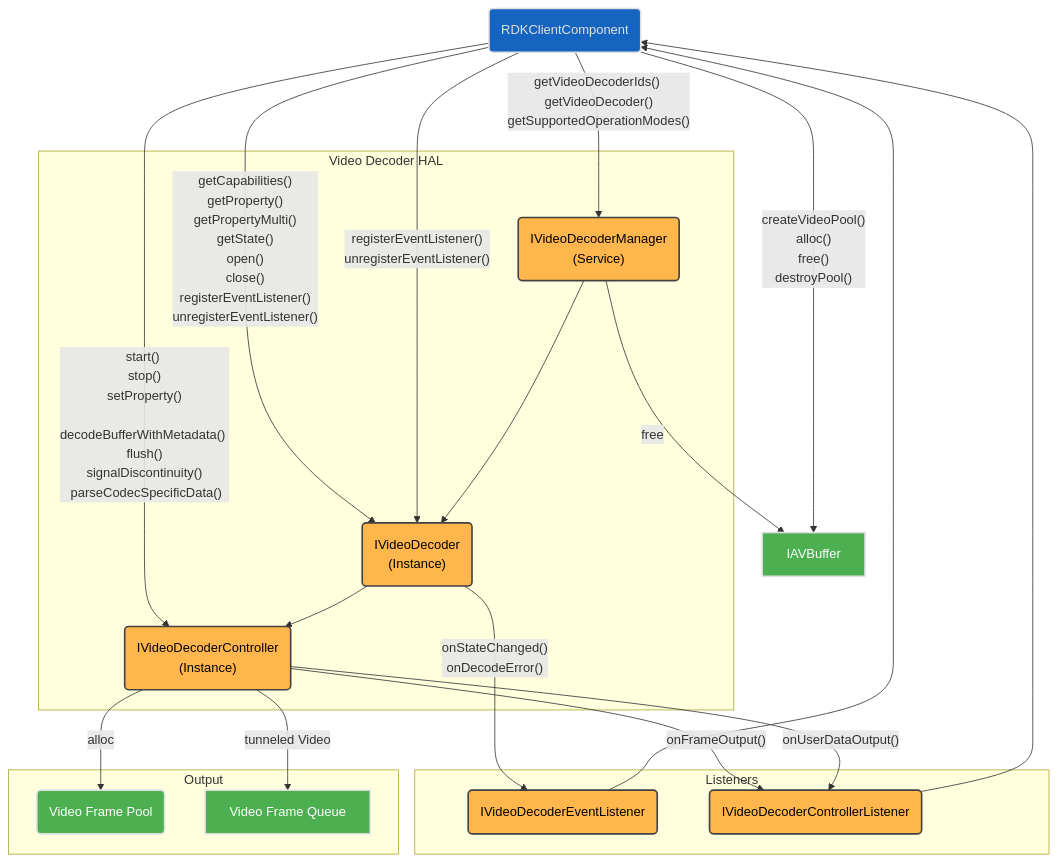
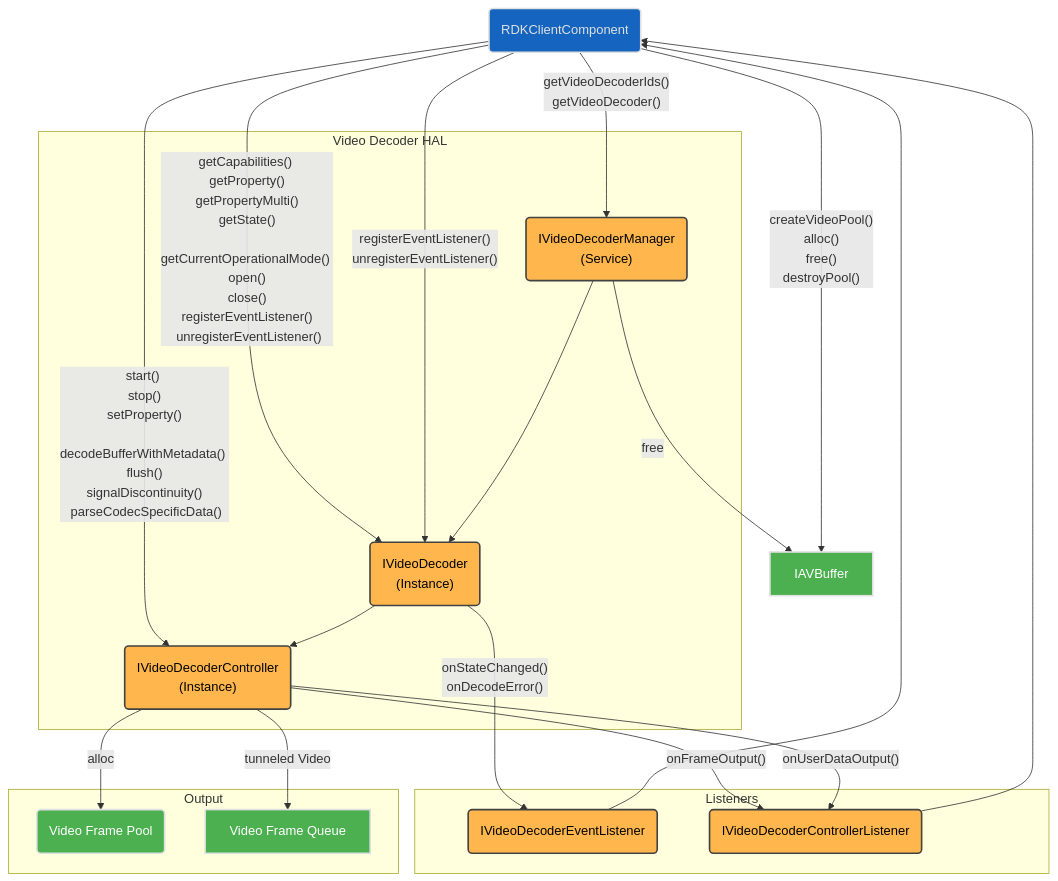
One commit to rdkcentral/rdk-halif-aidl changed the first of 3 diagrams in videodecoder/current/docs/video_decoder.md. Above: the diagram before and after it, drawn with Mermaid. The commit also changed other lines of this file and 2 other files, not shown here.

Commit message:
gh #790 add the getCurrentOperationalMode()

````diff
--- a/videodecoder/current/docs/video_decoder.md
+++ b/videodecoder/current/docs/video_decoder.md
@@ -97,48 +102,48 @@
 ```mermaid
 flowchart TD
     RDKClientComponent("RDKClientComponent")
     subgraph Listeners["Listeners"]
         IVideoDecoderEventListener("IVideoDecoderEventListener")
         IVideoDecoderControllerListener("IVideoDecoderControllerListener")
     end
     subgraph IVideoDecoderHAL["Video Decoder HAL"]
         IVideoDecoderManager("IVideoDecoderManager <br>(Service)")
         IVideoDecoder("IVideoDecoder <br>(Instance)")
         IVideoDecoderController("IVideoDecoderController <br>(Instance)")
     end
     subgraph OutputComponents["Output"]
         VideoFramePool("Video Frame Pool")
         VideoFrameQueue["Video Frame Queue"]
     end
     RDKClientComponent -- createVideoPool() <br> alloc() <br> free() <br> destroyPool() --> IAVBuffer
-    RDKClientComponent -- getVideoDecoderIds() <br> getVideoDecoder() getSupportedOperationModes()--> IVideoDecoderManager
-    RDKClientComponent -- getCapabilities() <br> getProperty() <br> getPropertyMulti() <br> getState() <br> open() <br> close() <br> registerEventListener() <br> unregisterEventListener()--> IVideoDecoder
+    RDKClientComponent -- getVideoDecoderIds() <br> getVideoDecoder() --> IVideoDecoderManager
+    RDKClientComponent -- getCapabilities() <br> getProperty() <br> getPropertyMulti() <br> getState() <br> getCurrentOperationalMode() <br> open() <br> close() <br> registerEventListener() <br> unregisterEventListener()--> IVideoDecoder
     RDKClientComponent -- registerEventListener() <br> unregisterEventListener() --> IVideoDecoder
     RDKClientComponent -- start() <br> stop() <br> setProperty() <br> decodeBufferWithMetadata() <br> flush() <br> signalDiscontinuity() <br> parseCodecSpecificData() --> IVideoDecoderController
     IVideoDecoderManager --> IVideoDecoder --> IVideoDecoderController
     IVideoDecoder -- onStateChanged() <br> onDecodeError() --> IVideoDecoderEventListener
     IVideoDecoderEventListener --> RDKClientComponent
     IVideoDecoderControllerListener --> RDKClientComponent
     IVideoDecoderController -- onFrameOutput() --> IVideoDecoderControllerListener
     IVideoDecoderController -- onUserDataOutput() --> IVideoDecoderControllerListener
     IVideoDecoderController -- alloc --> VideoFramePool
     IVideoDecoderManager -- free --> IAVBuffer
     IVideoDecoderController -- tunneled Video --> VideoFrameQueue
 
     classDef background fill:#121212,stroke:none,color:#E0E0E0;
     classDef blue fill:#1565C0,stroke:#E0E0E0,stroke-width:2px,color:#E0E0E0;
     classDef lightGrey fill:#616161,stroke:#E0E0E0,stroke-width:2px,color:#FFFFFF;
     classDef wheat fill:#FFB74D,stroke:#424242,stroke-width:2px,color:#000000;
     classDef green fill:#4CAF50,stroke:#E0E0E0,stroke-width:2px,color:#FFFFFF;
     classDef default fill:#1E1E1E,stroke:#E0E0E0,stroke-width:1px,color:#E0E0E0;
 
     RDKClientComponent:::blue
     IVideoDecoderManager:::wheat
     IVideoDecoderController:::wheat
     IVideoDecoder:::wheat
     IAVBuffer:::green
     IVideoDecoderControllerListener:::wheat
     IVideoDecoderEventListener:::wheat
     VideoFramePool:::green
     VideoFrameQueue:::green
 ```
````
